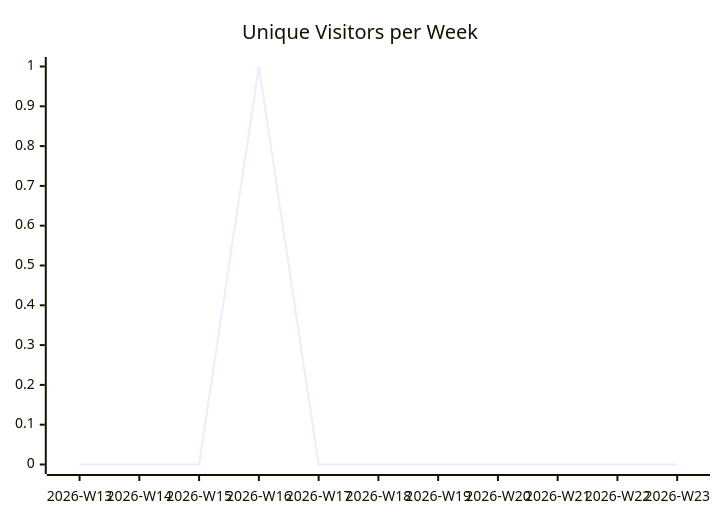
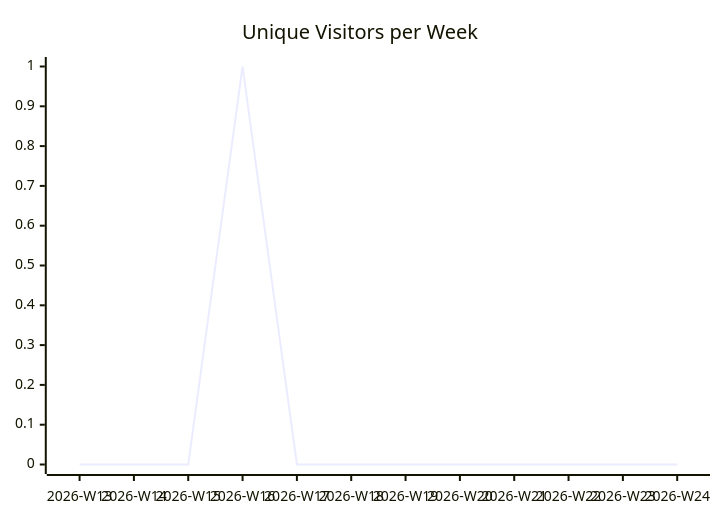
One commit to justdavis-family/github-analytics-data changed the first of 3 diagrams in justdavis-family/github-analytics-data/README.md. Above: the diagram before and after it, drawn with Mermaid. The commit also changed other lines of this file and 189 other files, not shown here.

````diff
--- a/justdavis-family/github-analytics-data/README.md
+++ b/justdavis-family/github-analytics-data/README.md
@@ -5,6 +5,6 @@
 ```mermaid
 xychart-beta
   title "Unique Visitors per Week"
-  x-axis ["2026-W13", "2026-W14", "2026-W15", "2026-W16", "2026-W17", "2026-W18", "2026-W19", "2026-W20", "2026-W21", "2026-W22", "2026-W23"]
-  line [0, 0, 0, 1, 0, 0, 0, 0, 0, 0, 0]
+  x-axis ["2026-W13", "2026-W14", "2026-W15", "2026-W16", "2026-W17", "2026-W18", "2026-W19", "2026-W20", "2026-W21", "2026-W22", "2026-W23", "2026-W24"]
+  line [0, 0, 0, 1, 0, 0, 0, 0, 0, 0, 0, 0]
 ```
````
